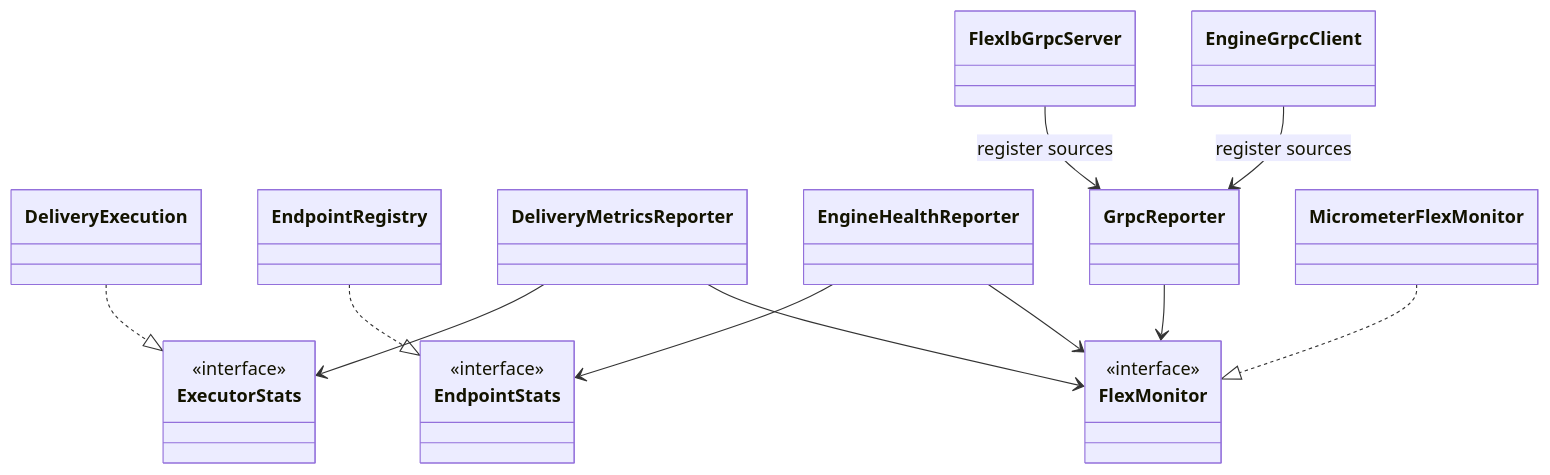
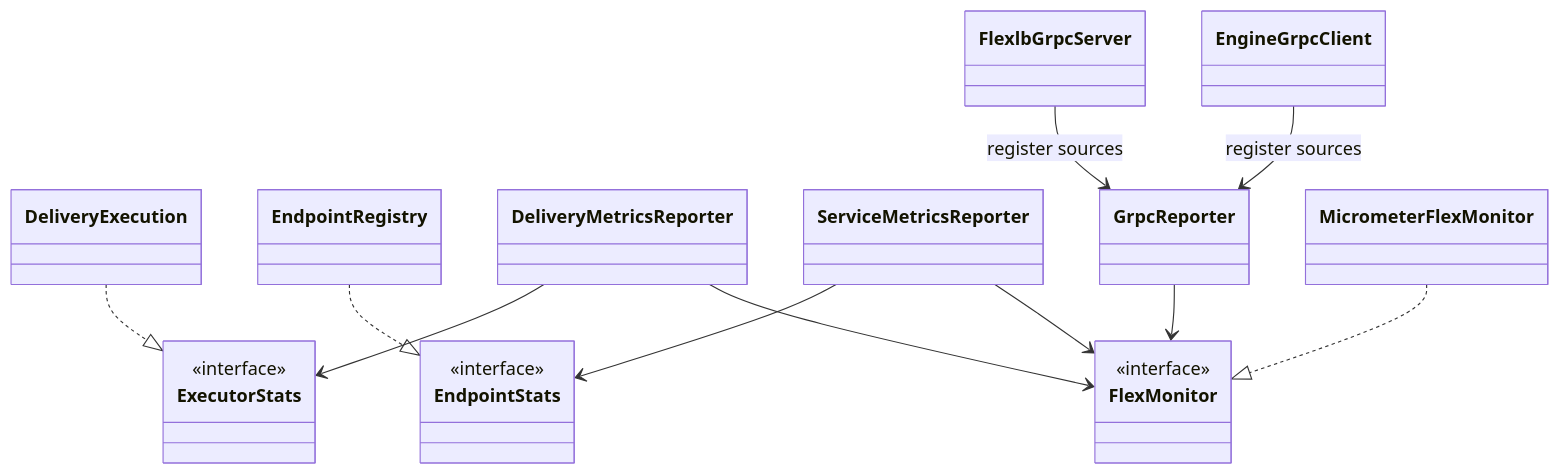
The sixth of 6 diagrams in rtp_llm/flexlb/docs/component-boundary-repair-design.md (alibaba/rtp-llm), drawn with Mermaid before and after one commit. The commit also changed other lines of this file and 149 other files, not shown here.

````diff
--- a/rtp_llm/flexlb/docs/component-boundary-repair-design.md
+++ b/rtp_llm/flexlb/docs/component-boundary-repair-design.md
@@ -248,16 +248,16 @@
 ```mermaid
 classDiagram
     class FlexMonitor { <<interface>> }
     class ExecutorStats { <<interface>> }
     class EndpointStats { <<interface>> }
     DeliveryExecution ..|> ExecutorStats
     EndpointRegistry ..|> EndpointStats
     DeliveryMetricsReporter --> ExecutorStats
-    EngineHealthReporter --> EndpointStats
+    ServiceMetricsReporter --> EndpointStats
     DeliveryMetricsReporter --> FlexMonitor
-    EngineHealthReporter --> FlexMonitor
+    ServiceMetricsReporter --> FlexMonitor
     FlexlbGrpcServer --> GrpcReporter : register sources
     EngineGrpcClient --> GrpcReporter : register sources
     GrpcReporter --> FlexMonitor
     MicrometerFlexMonitor ..|> FlexMonitor
 ```
````
